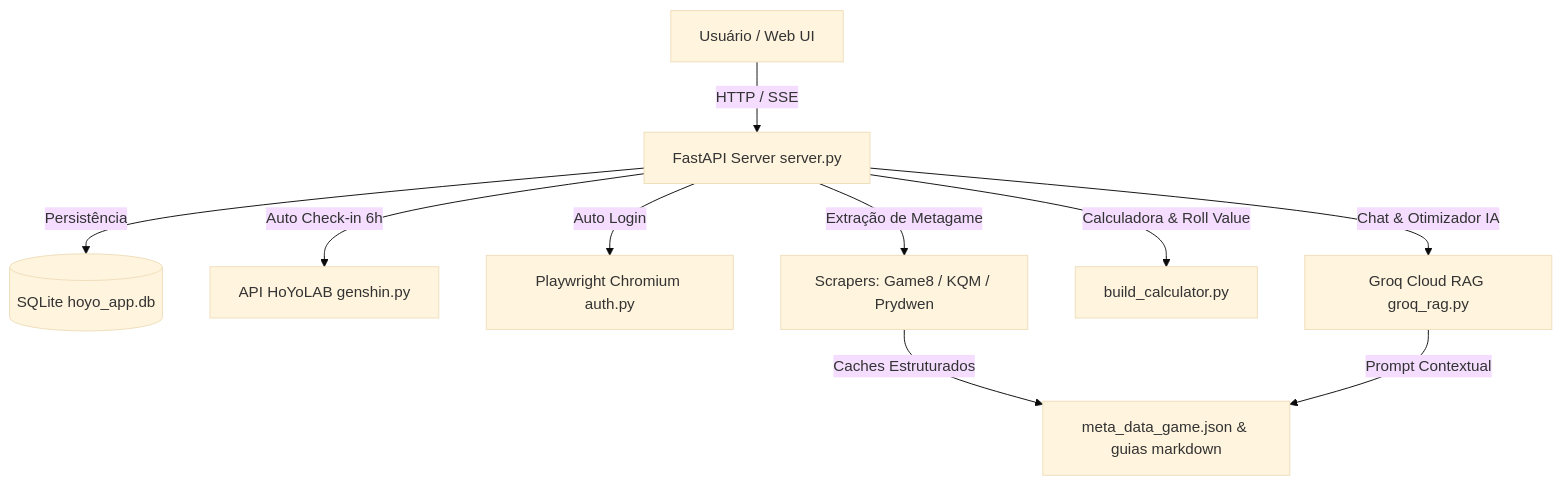
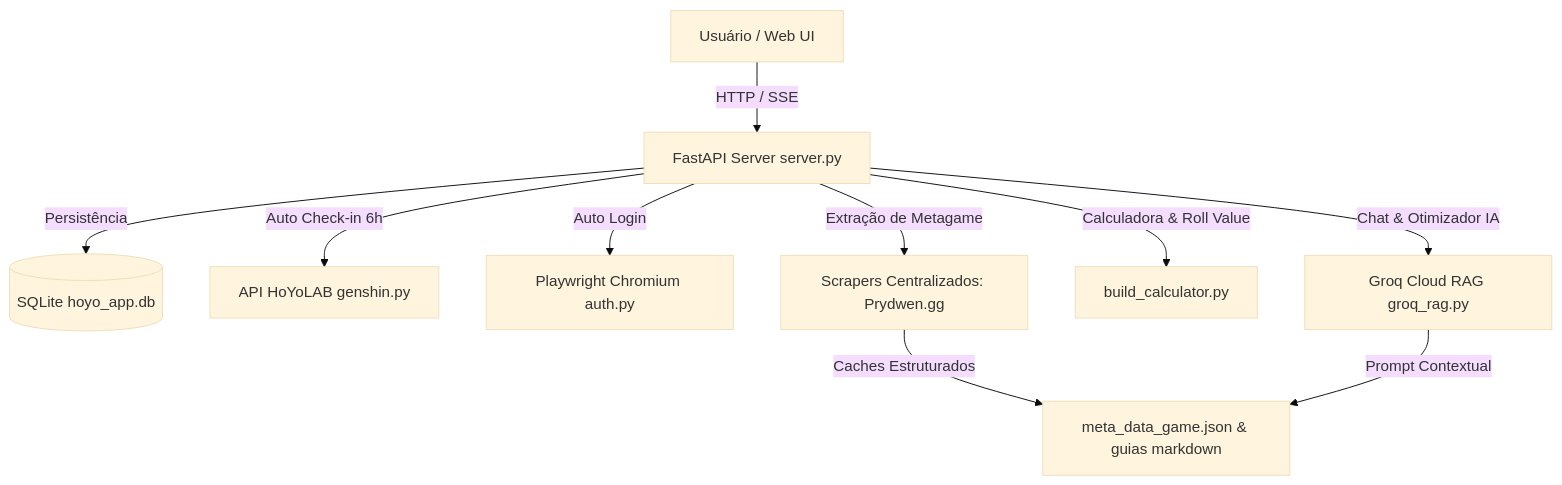
The diagram in README.md (Lacas0010/Cabeca_de_Droid), drawn with Mermaid (base theme) before and after one commit. The commit also changed other lines of this file and 14 other files, not shown here.

Commit message:
feat: integrate web UI, add talent priority scraping for ZZZ, and extend database schema for character skill persistence

````diff
--- a/README.md
+++ b/README.md
@@ -44,12 +44,12 @@
 ```mermaid
 graph TD
     A[Usuário / Web UI] -->|HTTP / SSE| B[FastAPI Server server.py]
     B -->|Persistência| C[(SQLite hoyo_app.db)]
     B -->|Auto Check-in 6h| D[API HoYoLAB genshin.py]
     B -->|Auto Login| E[Playwright Chromium auth.py]
-    B -->|Extração de Metagame| F[Scrapers: Game8 / KQM / Prydwen]
+    B -->|Extração de Metagame| F[Scrapers Centralizados: Prydwen.gg]
     B -->|Calculadora & Roll Value| G[build_calculator.py]
     B -->|Chat & Otimizador IA| H[Groq Cloud RAG groq_rag.py]
     F -->|Caches Estruturados| I[meta_data_game.json & guias markdown]
     H -->|Prompt Contextual| I
 ```
````
